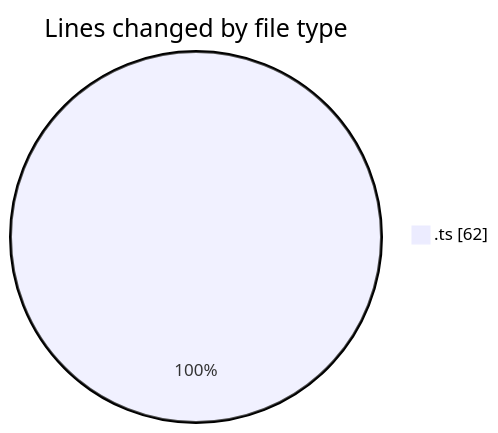
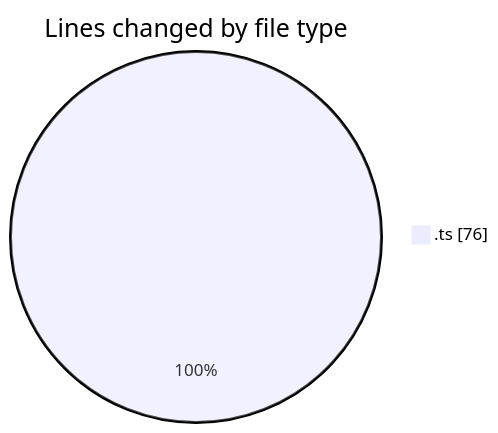
Before and after one commit to momahboobian/code-tracking: the first of 2 diagrams in 2025-08-05/cda/README.md, drawn with Mermaid. The commit also changed other lines of this file and 1 other file, not shown here.

````diff
--- a/2025-08-05/cda/README.md
+++ b/2025-08-05/cda/README.md
@@ -20,5 +20,5 @@
 ```mermaid
 pie showData
 title Lines changed by file type
-".ts" : 62
+".ts" : 76
 ```
````
